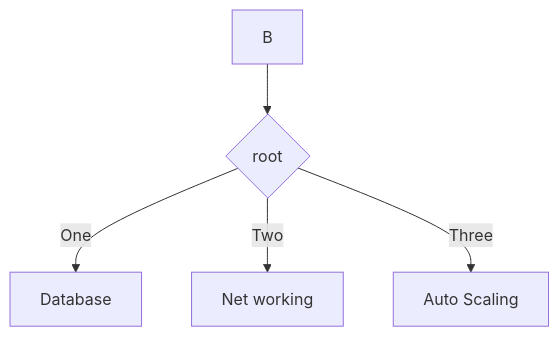
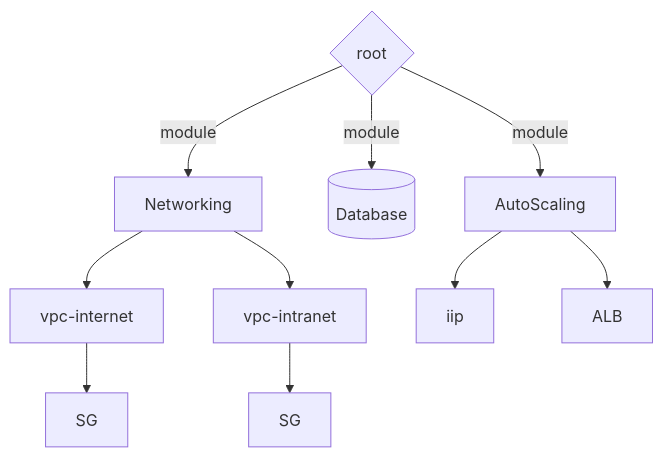
Before and after one commit to pvmtriet232/infras: the diagram in README.md, drawn with Mermaid.

Commit message:
update diagram

````diff
--- a/README.md
+++ b/README.md
@@ -2,7 +2,14 @@
 ```mermaid
 flowchart TD
-    B --> C{root}
-    C -->|One| D[Database]
-    C -->|Two| E[Net working]
-    C -->|Three| F[Auto Scaling]
+    C{root}
+    
+    C -->|module| N[Networking]
+    C -->|module| D[(Database)]
+    C -->|module| A[AutoScaling]
+
+    N -->G[vpc-internet]-->I[SG]
+    N -->T[vpc-intranet]-->O[SG] 
+    
+    A -->iip[iip]
+    A -->alb[ALB]
 ```
````
